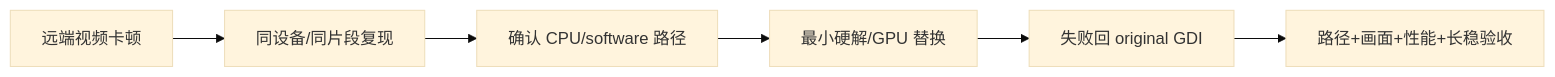
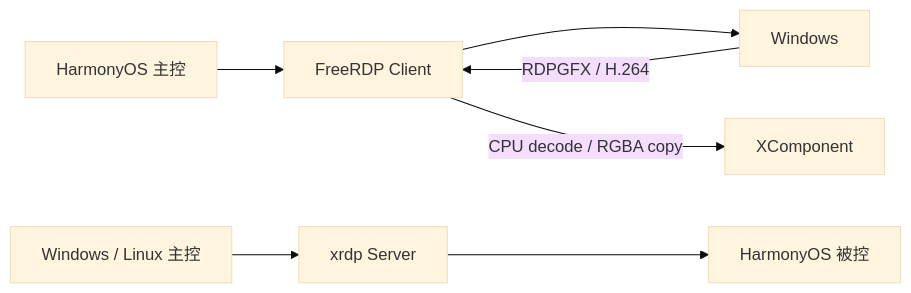
Before and after one commit to xiaomu120413/harmonyos-sdd-ralph-workshop: the fourth of 12 diagrams in harmonyos-sdd-ralph-workshop.md, drawn with Mermaid (base theme). The commit also changed other lines of this file and 5 other files, not shown here.

````diff
--- a/harmonyos-sdd-ralph-workshop.md
+++ b/harmonyos-sdd-ralph-workshop.md
@@ -1570,5 +1566,6 @@
 ```mermaid
 flowchart LR
-  A["远端视频卡顿"] --> B["同设备/同片段复现"] --> C["确认 CPU/software 路径"]
-  C --> D["最小硬解/GPU 替换"] --> E["失败回 original GDI"] --> F["路径+画面+性能+长稳验收"]
+  H1["HarmonyOS 主控"] --> F["FreeRDP Client"] --> W["Windows"]
+  W -->|"RDPGFX / H.264"| F -->|"CPU decode / RGBA copy"| X1["XComponent"]
+  C["Windows / Linux 主控"] --> R["xrdp Server"] --> H2["HarmonyOS 被控"]
 ```
````
